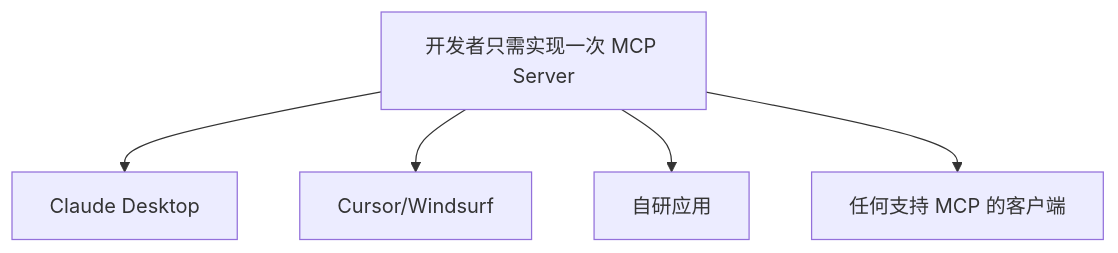
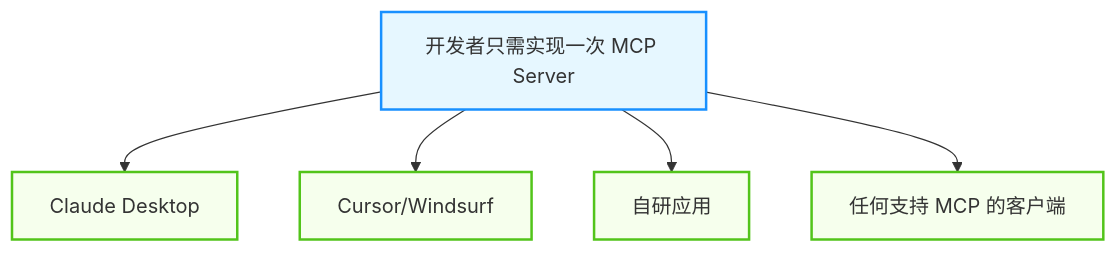
The fourth of 5 diagrams in 04_tools/4.3_mcp.md (yeasy/agentic_ai_guide), drawn with Mermaid before and after one commit. The commit also changed other lines of this file and 36 other files, not shown here.

````diff
--- a/04_tools/4.3_mcp.md
+++ b/04_tools/4.3_mcp.md
@@ -313,8 +338,15 @@
 ```mermaid
 graph TD
-    Dev[开发者只需实现一次 MCP Server]
+    %% Agentic Design System
+    classDef agent fill:#e6f7ff,stroke:#1890ff,stroke-width:2px;
+    classDef tool fill:#f6ffed,stroke:#52c41a,stroke-width:2px;
+
+    Dev["开发者只需实现一次 MCP Server"]
     Dev --> C[Claude Desktop]
     Dev --> IDE[Cursor/Windsurf]
     Dev --> App[自研应用]
     Dev --> Any[任何支持 MCP 的客户端]
+    
+    class Dev agent;
+    class C,IDE,App,Any tool;
 ```
````
